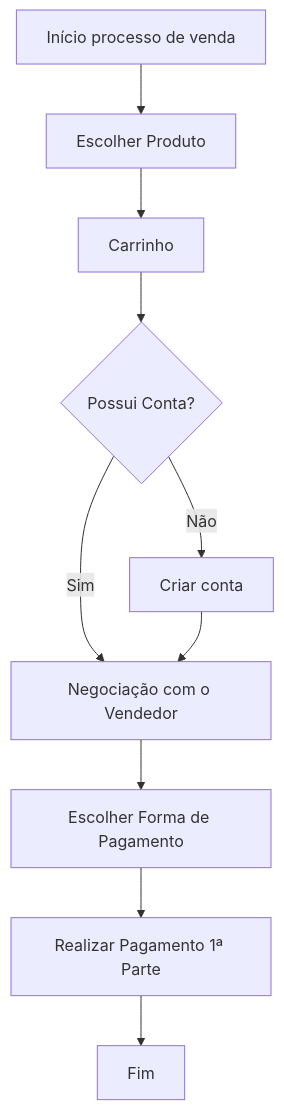
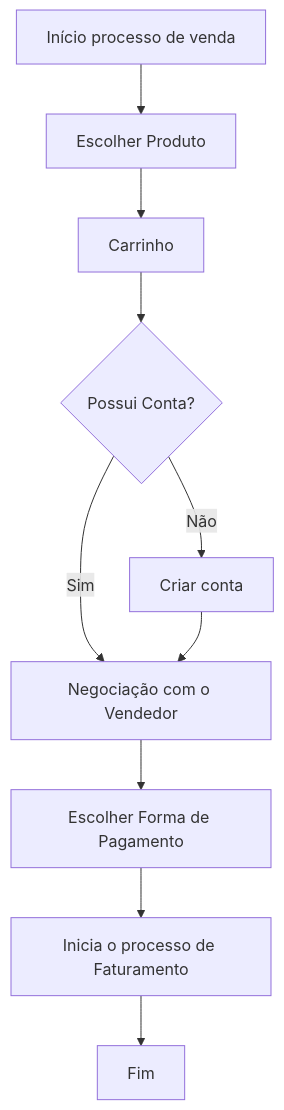
One commit to giovanni1351/EngenhariaDeSoftwareProjeto changed the third of 3 diagrams in Lab/Lab1.md. Above: the diagram before and after it, drawn with Mermaid.

````diff
--- a/Lab/Lab1.md
+++ b/Lab/Lab1.md
@@ -90,12 +90,12 @@
 ```mermaid
 graph TD;
     InicioVenda[Início processo de venda] --> EscolherProduto[Escolher Produto]
     EscolherProduto --> Carrinho[Carrinho]
     Carrinho --> VerificaExistenciaConta{Possui Conta?}
     VerificaExistenciaConta -- Não --> Cadastrar[Criar conta]
     VerificaExistenciaConta -- Sim --> Negociar[Negociação com o Vendedor]
     Cadastrar --> Negociar
     Negociar --> FormaPagamento[Escolher Forma de Pagamento]
-    FormaPagamento --> Pagar1[Realizar Pagamento 1ª Parte]
+    FormaPagamento --> Pagar1[Inicia o processo de Faturamento]
     Pagar1 --> FimVenda[Fim]
 ```
````
